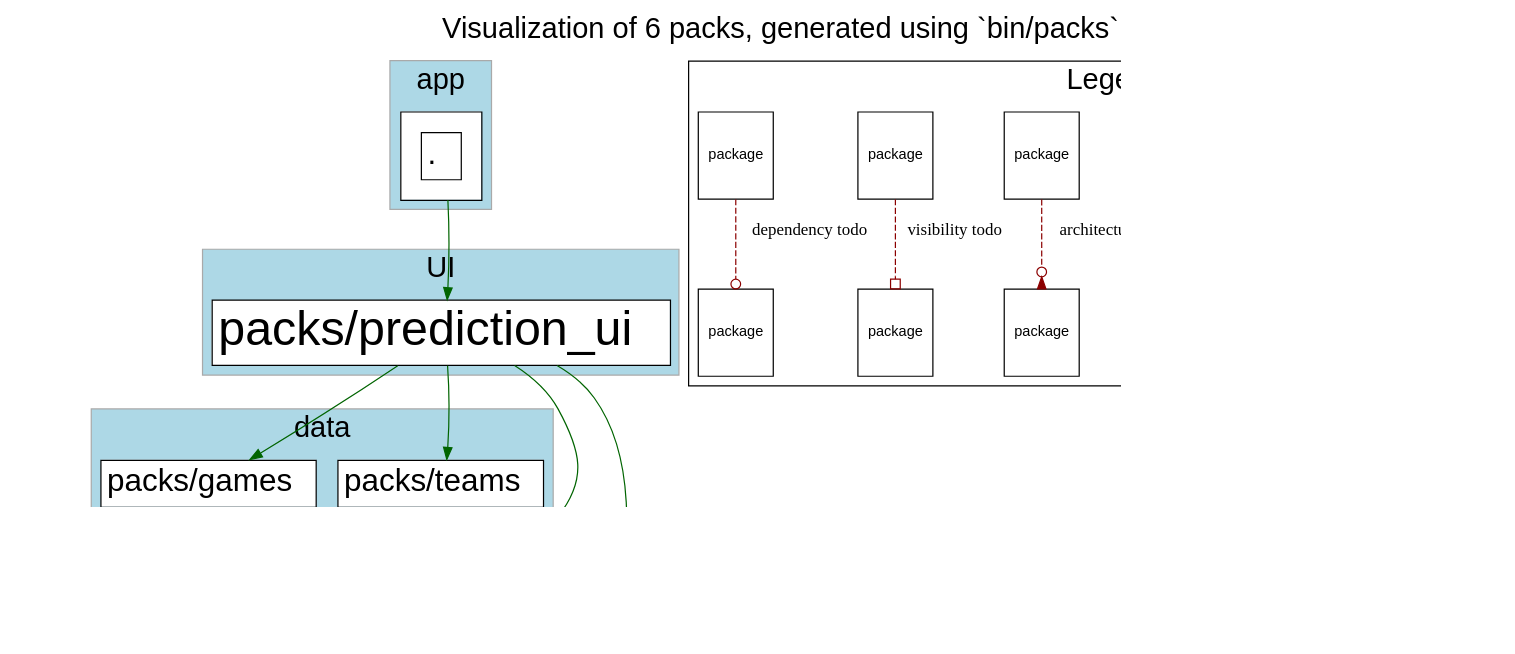
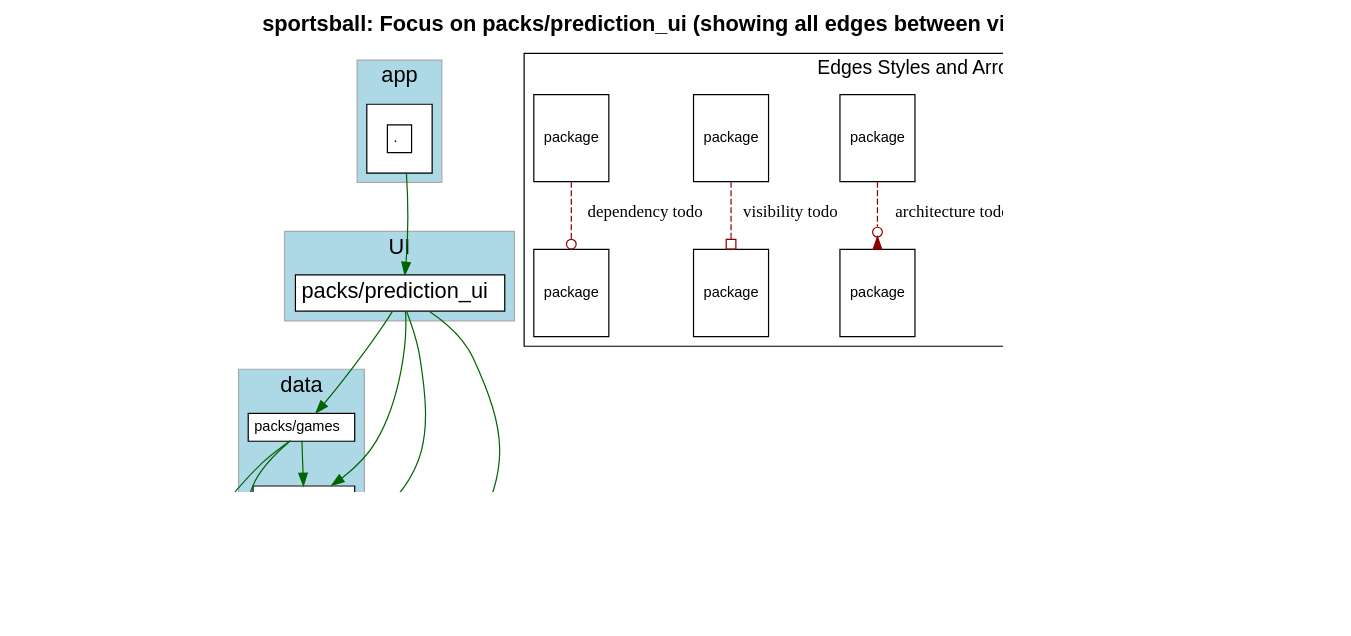
Before and after one commit to shageman/package-based-rails-applications-book: the diagram in c6s02/sportsball/packs/prediction_ui/packs.dot, drawn with Graphviz. The commit also changed 3077 other files, not shown here.

Commit message:
Better graphs from updated visualize_packwerk

```diff
--- a/c6s02/sportsball/packs/prediction_ui/packs.dot
+++ b/c6s02/sportsball/packs/prediction_ui/packs.dot
@@ -1,200 +1,161 @@
 digraph package_diagram {
   rankdir=TD
-
   graph [
     labelloc="t"
     fontname="Helvetica,Arial,sans-serif"
     dpi=100
     layout=dot
-    label="Visualization of 6 packs, generated using `bin/packs`",
-    fontsize=24
+    label=<<b>sportsball: Focus on packs/prediction_ui (showing all edges between visible packs)</b>>
+    fontsize=18
   ]
   node [
     fontname="Helvetica,Arial,sans-serif"
     fontsize=26.0
     fontcolor=black
     fillcolor=white
     color=black
     height=1.0
     style=filled
     shape=plain
   ]
-
     subgraph app {
       shape=box
       color=darkgrey
       fillcolor=lightblue
       style=filled
-
         label="app"
         cluster=true
-        rank = 0
-
-        "." [
-            fontsize=26.0
-              URL="https://github.com/shageman/package-based-rails-applications-book/tree/main/c4s07/sportsball/"
-            label= 
-              <
+        rank = 0        "." [
+            fontsize=12.0
+            label= <
                 <table border='0' cellborder='1' cellspacing='0' cellpadding='16'><tr><td>
                   <table border='0' cellborder='1' cellspacing='0' cellpadding='4'>
                     <tr> <td port='private'> . </td> </tr>
                   </table>
                 </td></tr></table>
               >
           ]
-
+        
     }
     subgraph UI {
       shape=box
       color=darkgrey
       fillcolor=lightblue
       style=filled
-
         label="UI"
         cluster=true
-        rank = 1
-
-        "packs/prediction_ui" [
-            fontsize=40.0
-              URL="https://github.com/shageman/package-based-rails-applications-book/tree/main/c4s07/sportsball/packs/prediction_ui"
-            label=               <
+        rank = 1        "packs/prediction_ui" [
+            fontsize=18.0
+            label= <
                 <table border='0' cellborder='1' cellspacing='0' cellpadding='4'>
                   <tr> <td align='left'> packs/prediction_ui </td> </tr>
                 </table>
               >
           ]
-
-                "." -> "packs/prediction_ui" [
-                  style=invis
-                ]
+        
     }
+              "." -> "packs/prediction_ui" [ style=invis ]
     subgraph data {
       shape=box
       color=darkgrey
       fillcolor=lightblue
       style=filled
-
         label="data"
         cluster=true
-        rank = 2
-
-        "packs/games" [
-            fontsize=26.0
-              URL="https://github.com/shageman/package-based-rails-applications-book/tree/main/c4s07/sportsball/packs/games"
-            label=               <
+        rank = 2        "packs/games" [
+            fontsize=12.0
+            label= <
                 <table border='0' cellborder='1' cellspacing='0' cellpadding='4'>
                   <tr> <td align='left'> packs/games </td> </tr>
                 </table>
               >
           ]
-
-                "packs/prediction_ui" -> "packs/games" [
-                  style=invis
-                ]
+        
         "packs/teams" [
-            fontsize=26.0
-              URL="https://github.com/shageman/package-based-rails-applications-book/tree/main/c4s07/sportsball/packs/teams"
-            label=               <
+            fontsize=12.0
+            label= <
                 <table border='0' cellborder='1' cellspacing='0' cellpadding='4'>
                   <tr> <td align='left'> packs/teams </td> </tr>
                 </table>
               >
           ]
-
-                "packs/prediction_ui" -> "packs/teams" [
-                  style=invis
-                ]
+        
     }
+              "packs/prediction_ui" -> "packs/games" [ style=invis ]
+              "packs/prediction_ui" -> "packs/teams" [ style=invis ]
     subgraph utility {
       shape=box
       color=darkgrey
       fillcolor=lightblue
       style=filled
-
         label="utility"
         cluster=true
-        rank = 3
-
-        "packs/predictor_interface" [
-            fontsize=26.0
-              URL="https://github.com/shageman/package-based-rails-applications-book/tree/main/c4s07/sportsball/packs/predictor_interface"
-            label= 
-              <
+        rank = 3        "packs/predictor_interface" [
+            fontsize=12.0
+            label= <
                 <table border='0' cellborder='1' cellspacing='0' cellpadding='16'><tr><td>
                   <table border='0' cellborder='1' cellspacing='0' cellpadding='4'>
                     <tr> <td port='private'> packs/predictor_interface </td> </tr>
                   </table>
                 </td></tr></table>
               >
           ]
-
-                "packs/games" -> "packs/predictor_interface" [
-                  style=invis
-                ]
-                "packs/teams" -> "packs/predictor_interface" [
-                  style=invis
-                ]
+        
         "packs/rails_shims" [
-            fontsize=26.0
-              URL="https://github.com/shageman/package-based-rails-applications-book/tree/main/c4s07/sportsball/packs/rails_shims"
-            label=               <
+            fontsize=12.0
+            label= <
                 <table border='0' cellborder='1' cellspacing='0' cellpadding='4'>
                   <tr> <td align='left'> packs/rails_shims </td> </tr>
                 </table>
               >
           ]
-
-                "packs/games" -> "packs/rails_shims" [
-                  style=invis
-                ]
-                "packs/teams" -> "packs/rails_shims" [
-                  style=invis
-                ]
+        
     }
+              "packs/games" -> "packs/predictor_interface" [ style=invis ]
+              "packs/teams" -> "packs/predictor_interface" [ style=invis ]
+              "packs/games" -> "packs/rails_shims" [ style=invis ]
+              "packs/teams" -> "packs/rails_shims" [ style=invis ]
     subgraph NotInLayer {
       shape=box
       color=darkgrey
       fillcolor=lightblue
       style=filled
-
-
+        cluster=false
     }
-
-          "packs/prediction_ui" -> "packs/games" [
-            color=darkgreen
-          ]
-          "packs/prediction_ui" -> "packs/predictor_interface" [
-            color=darkgreen
-          ]
-          "packs/prediction_ui" -> "packs/rails_shims" [
-            color=darkgreen
-          ]
-          "packs/prediction_ui" -> "packs/teams" [
-            color=darkgreen
-          ]
-          "." -> "packs/prediction_ui" [
-            color=darkgreen
-          ]
-
-
+          "packs/prediction_ui" -> "packs/games" [ color=darkgreen ]
+          "packs/prediction_ui" -> "packs/predictor_interface" [ color=darkgreen ]
+          "packs/prediction_ui" -> "packs/rails_shims" [ color=darkgreen ]
+          "packs/prediction_ui" -> "packs/teams" [ color=darkgreen ]
+          "." -> "packs/prediction_ui" [ color=darkgreen ]
+          "packs/games" -> "packs/predictor_interface" [ color=darkgreen ]
+          "packs/games" -> "packs/rails_shims" [ color=darkgreen ]
+          "packs/games" -> "packs/teams" [ color=darkgreen ]
+          "packs/teams" -> "packs/predictor_interface" [ color=darkgreen ]
+          "packs/teams" -> "packs/rails_shims" [ color=darkgreen ]
   subgraph cluster_legend {
-    label="Legend"
-
+    fontsize=16
+    label="Edges Styles and Arrow Heads"
     A [ fontsize=12 shape=box label="package"]
     B [ fontsize=12 shape=box label="package"]
     C [ fontsize=12 shape=box label="package"]
     D [ fontsize=12 shape=box label="package"]
     E [ fontsize=12 shape=box label="package"]
     F [ fontsize=12 shape=box label="package"]
     G [ fontsize=12 shape=box label="package"]
     H [ fontsize=12 shape=box label="package"]
     I [ fontsize=12 shape=box label="package"]
     J [ fontsize=12 shape=box label="package"]
-
     A -> B [label="accepted dependency" color=darkgreen]
     C -> D [label="privac todo" color=darkred style=dashed arrowhead=crow]
     E -> F [label="architecture todo" color=darkred style=dashed arrowhead=invodot]
     G -> H [label="visibility todo" color=darkred style=dashed arrowhead=obox]
     I -> J [label="dependency todo" color=darkred style=dashed arrowhead=odot]
   }
+  subgraph cluster_teams_legend {
+    fontsize=16
+    label="Team Colors"
+
+
+  }
+  J -> "" [style=invis]
 }
```
